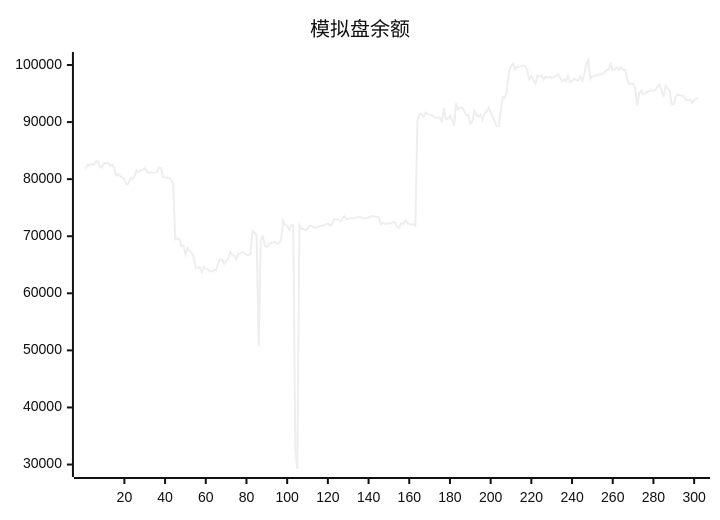
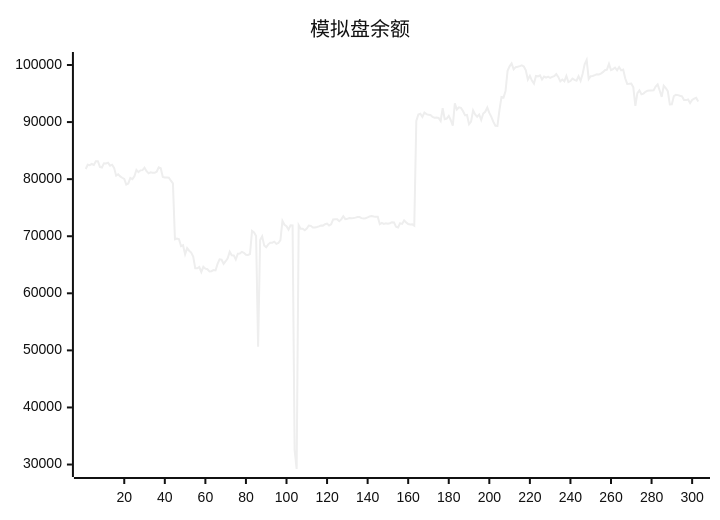
Before and after one commit to aahl/ai-trading: the diagram in README.md, drawn with Mermaid (neutral theme). The commit also changed other lines of this file and 1 other file, not shown here.

````diff
--- a/README.md
+++ b/README.md
@@ -5,5 +5,5 @@
 ```mermaid
 xychart
     title "模拟盘余额"
-    line [81776,82522,82441,82656,82499,83144,83145,82150,82038,82797,82763,82872,82367,82536,81981,80612,80862,80484,80242,80034,79063,79245,80227,80016,80507,81625,81233,81544,81578,82016,81401,81019,81186,81130,81118,81306,82066,81909,80392,80304,80291,80258,79729,79261,69466,69579,69456,68251,68415,66832,67911,67462,67144,66432,64380,64375,64606,63741,64647,64324,64216,63842,63877,64079,64008,65156,65945,65888,65157,65625,66144,67284,66653,66639,65924,66925,66956,67263,67108,66766,66729,66886,70927,70673,70049,50652,69334,69973,68400,68061,68578,68877,68879,69055,68662,68822,69329,72687,71999,71760,71163,71911,71896,32500,29218,71927,71297,71305,71044,71337,71883,71822,71536,71536,71622,71723,71880,71860,72100,72216,71887,72077,72940,72976,72966,72638,72948,73497,73004,73041,73173,73160,73187,73258,73375,73351,73173,73098,73161,73305,73474,73536,73457,73413,73412,72100,72333,72164,72272,72204,72285,72461,72421,71652,71521,72267,72157,72774,72425,72144,72060,72091,71858,90185,91338,91466,90900,91678,91404,91268,91244,90903,90779,90787,90721,90187,92429,90518,90619,91070,90328,89376,93286,92202,92581,92485,91947,91196,91259,89619,90086,92063,91355,90950,91327,90373,91498,91800,92531,91603,90910,90031,89351,89334,92097,94406,94315,95455,98972,99763,100286,99229,99622,99701,99805,99938,99738,99082,97430,98094,97267,96741,98081,98013,98194,97447,97983,97789,97969,97729,97911,98043,98405,97912,97120,97448,97154,98095,97021,97191,97616,97402,97263,98035,97210,98424,100121,100876,97552,98049,98085,98228,98388,98342,98488,98750,99086,99181,100188,99107,99272,99553,99072,99636,99061,99186,97674,96679,96704,96743,96096,92830,95088,95560,94866,94995,95295,95497,95531,95527,95559,96236,96597,95538,94422,96363,95972,95418,93095,93128,94558,94795,94727,94611,94508,93857,93852,93955,93340,93862,94112,94249]
+    line [81776,82522,82441,82656,82499,83144,83145,82150,82038,82797,82763,82872,82367,82536,81981,80612,80862,80484,80242,80034,79063,79245,80227,80016,80507,81625,81233,81544,81578,82016,81401,81019,81186,81130,81118,81306,82066,81909,80392,80304,80291,80258,79729,79261,69466,69579,69456,68251,68415,66832,67911,67462,67144,66432,64380,64375,64606,63741,64647,64324,64216,63842,63877,64079,64008,65156,65945,65888,65157,65625,66144,67284,66653,66639,65924,66925,66956,67263,67108,66766,66729,66886,70927,70673,70049,50652,69334,69973,68400,68061,68578,68877,68879,69055,68662,68822,69329,72687,71999,71760,71163,71911,71896,32500,29218,71927,71297,71305,71044,71337,71883,71822,71536,71536,71622,71723,71880,71860,72100,72216,71887,72077,72940,72976,72966,72638,72948,73497,73004,73041,73173,73160,73187,73258,73375,73351,73173,73098,73161,73305,73474,73536,73457,73413,73412,72100,72333,72164,72272,72204,72285,72461,72421,71652,71521,72267,72157,72774,72425,72144,72060,72091,71858,90185,91338,91466,90900,91678,91404,91268,91244,90903,90779,90787,90721,90187,92429,90518,90619,91070,90328,89376,93286,92202,92581,92485,91947,91196,91259,89619,90086,92063,91355,90950,91327,90373,91498,91800,92531,91603,90910,90031,89351,89334,92097,94406,94315,95455,98972,99763,100286,99229,99622,99701,99805,99938,99738,99082,97430,98094,97267,96741,98081,98013,98194,97447,97983,97789,97969,97729,97911,98043,98405,97912,97120,97448,97154,98095,97021,97191,97616,97402,97263,98035,97210,98424,100121,100876,97552,98049,98085,98228,98388,98342,98488,98750,99086,99181,100188,99107,99272,99553,99072,99636,99061,99186,97674,96679,96704,96743,96096,92830,95088,95560,94866,94995,95295,95497,95531,95527,95559,96236,96597,95538,94422,96363,95972,95418,93095,93128,94558,94795,94727,94611,94508,93857,93852,93955,93340,93862,94112,94249,93603]
 ```
````
